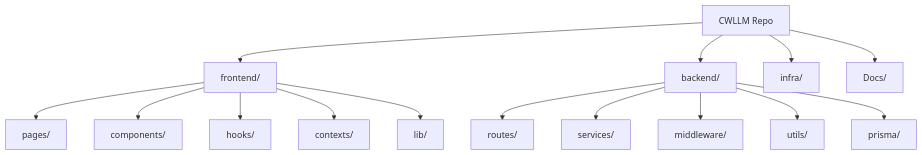
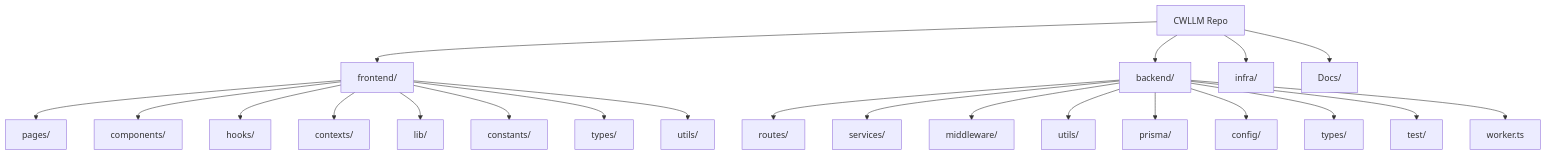
Diagram 11 of 43 in Docs/diagrams/all.md (yuma2004/CWLLM), drawn with Mermaid before and after one commit. The commit also changed other lines of this file and 12 other files, not shown here.

````diff
--- a/Docs/diagrams/all.md
+++ b/Docs/diagrams/all.md
@@ -238,20 +238,27 @@
 ```mermaid
 flowchart TB
   Repo["CWLLM Repo"]
   Repo --> Frontend["frontend/"]
   Repo --> Backend["backend/"]
   Repo --> Infra["infra/"]
   Repo --> Docs["Docs/"]
 
   Frontend --> Pages["pages/"]
   Frontend --> Components["components/"]
   Frontend --> Hooks["hooks/"]
   Frontend --> Contexts["contexts/"]
   Frontend --> Lib["lib/"]
+  Frontend --> Constants["constants/"]
+  Frontend --> Types["types/"]
+  Frontend --> UtilsFe["utils/"]
 
   Backend --> Routes4["routes/"]
   Backend --> Services4["services/"]
   Backend --> Middleware4["middleware/"]
   Backend --> Utils4["utils/"]
   Backend --> Prisma4["prisma/"]
+  Backend --> Config["config/"]
+  Backend --> TypesBe["types/"]
+  Backend --> Test["test/"]
+  Backend --> Worker["worker.ts"]
 ```
````
